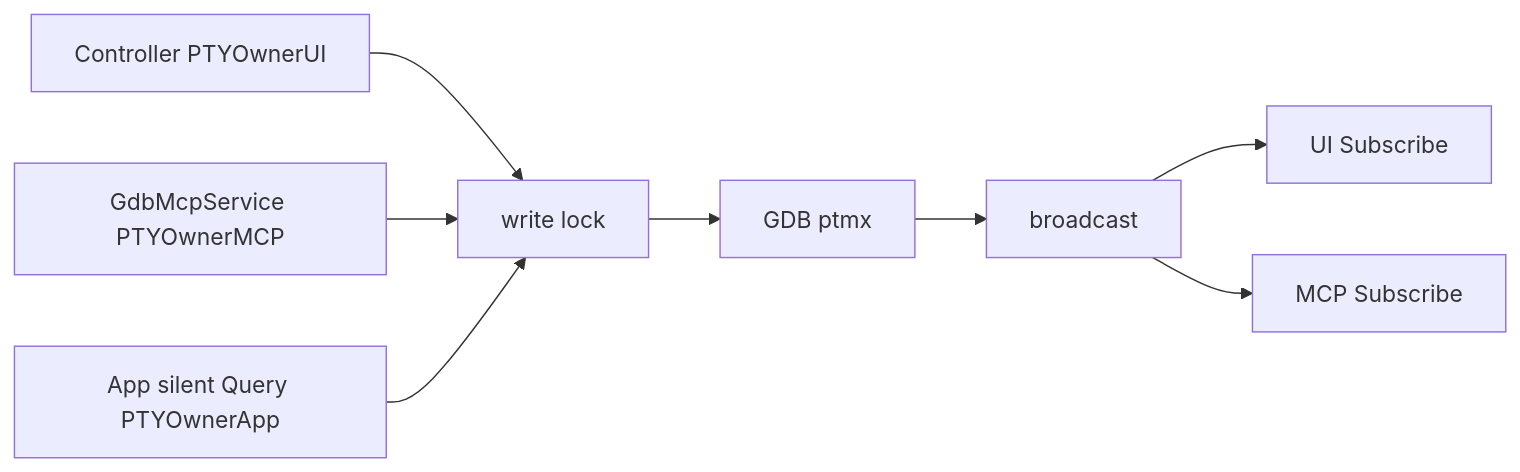
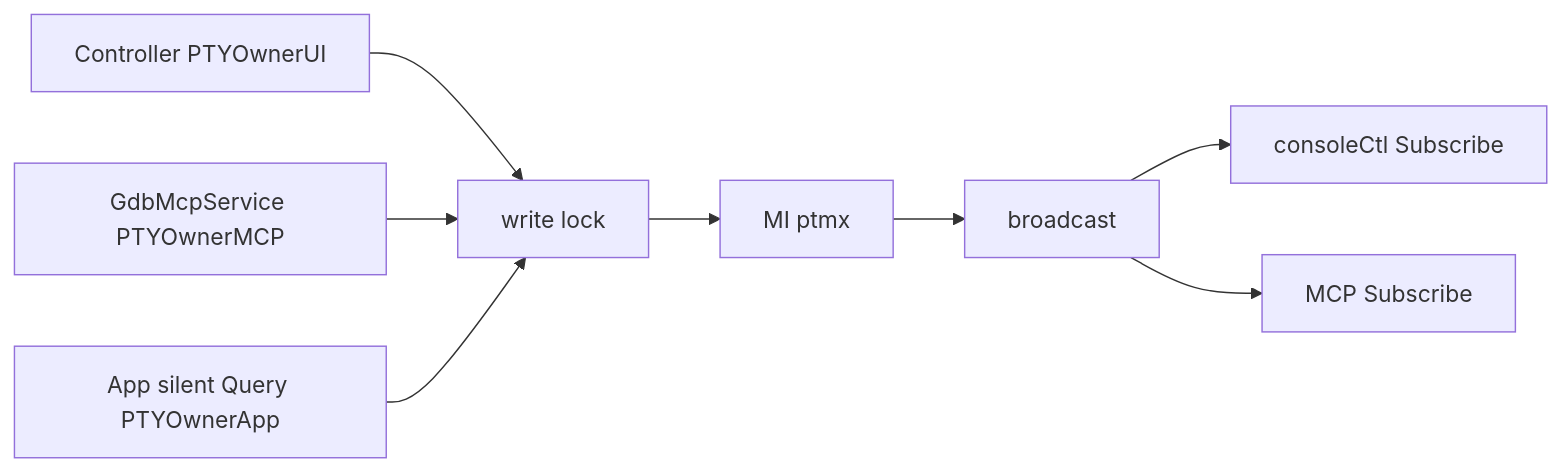
Before and after one commit to yairgd/gdbforge: the third of 8 diagrams in docs/DEBUGGER_INTEGRATION.md, drawn with Mermaid. The commit also changed other lines of this file and 243 other files, not shown here.

````diff
--- a/docs/DEBUGGER_INTEGRATION.md
+++ b/docs/DEBUGGER_INTEGRATION.md
@@ -169,14 +282,14 @@
 ```mermaid
 flowchart LR
   UI["Controller PTYOwnerUI"]
   MCP["GdbMcpService PTYOwnerMCP"]
   App["App silent Query PTYOwnerApp"]
   Lock["write lock"]
   UI --> Lock
   MCP --> Lock
   App --> Lock
-  Lock --> PTMX["GDB ptmx"]
-  PTMX --> Fan["broadcast"]
-  Fan --> ChUI["UI Subscribe"]
+  Lock --> MIPTY["MI ptmx"]
+  MIPTY --> Fan["broadcast"]
+  Fan --> ChUI["consoleCtl Subscribe"]
   Fan --> ChMCP["MCP Subscribe"]
 ```
````
